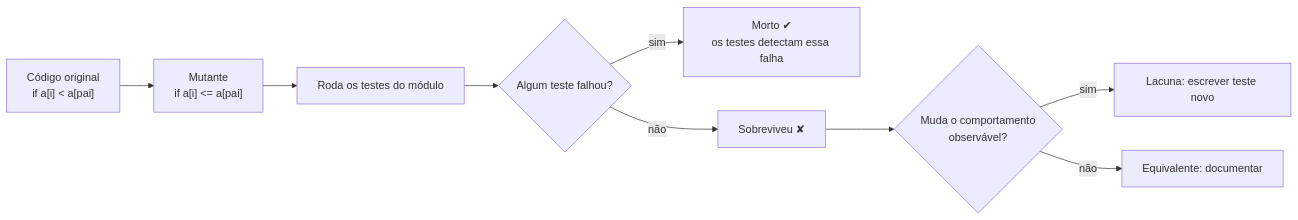
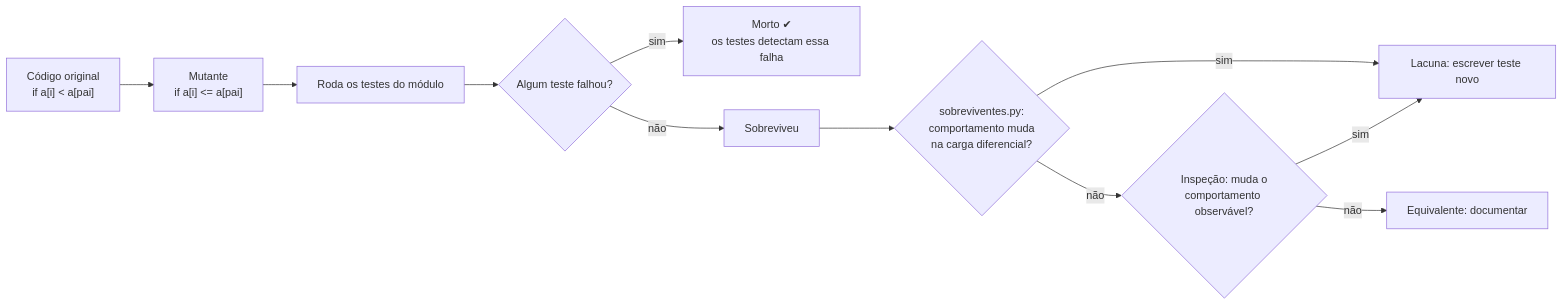
One commit to guilhermercmoraes-tech/PI2_Sprint2-Grupo-1-UFT changed diagram 44 of 45 in docs/REQUISITOS_UML.md. Above: the diagram before and after it, drawn with Mermaid. The commit also changed other lines of this file and 23 other files, not shown here.

````diff
--- a/docs/REQUISITOS_UML.md
+++ b/docs/REQUISITOS_UML.md
@@ -1615,11 +1642,13 @@
 ```mermaid
 flowchart LR
     COD["Código original<br/>if a[i] < a[pai]"] --> MUT["Mutante<br/>if a[i] <= a[pai]"]
     MUT --> RUN[Roda os testes do módulo]
     RUN --> R{Algum teste falhou?}
     R -- sim --> K["Morto ✔<br/>os testes detectam essa falha"]
-    R -- não --> S["Sobreviveu ✘"]
-    S --> AN{Muda o comportamento<br/>observável?}
-    AN -- sim --> NT[Lacuna: escrever teste novo]
+    R -- não --> S["Sobreviveu"]
+    S --> V{"sobreviventes.py:<br/>comportamento muda<br/>na carga diferencial?"}
+    V -- sim --> NT[Lacuna: escrever teste novo]
+    V -- não --> AN{Inspeção: muda o<br/>comportamento observável?}
+    AN -- sim --> NT
     AN -- não --> EQ[Equivalente: documentar]
 ```
````
